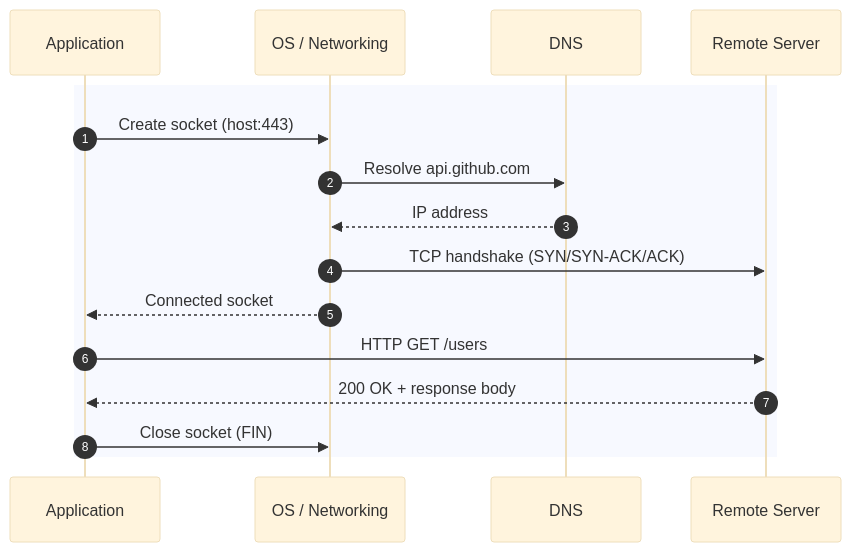
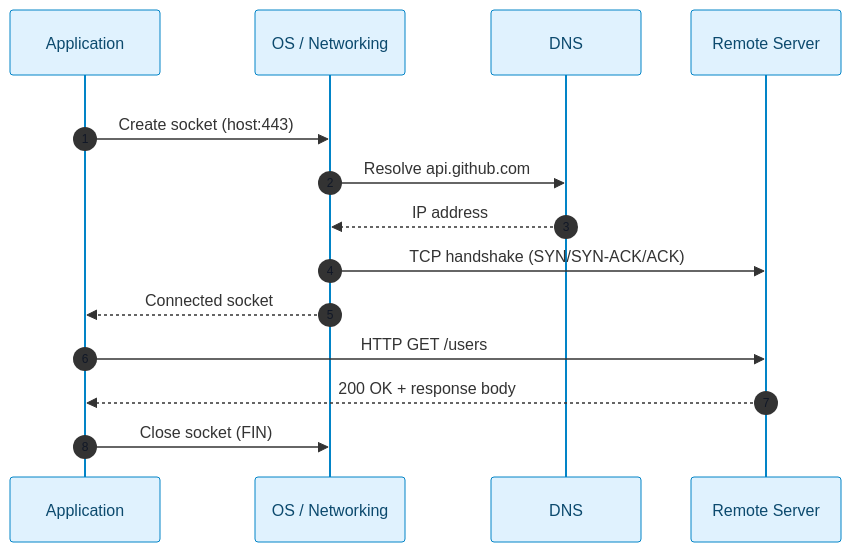
Before and after one commit to hananather/system-design: the fourth of 5 diagrams in sockets.md, drawn with Mermaid.

Commit message:
Sequence diagram: declare participants outside rect, use rect rgba(255,255,255,1) for guaranteed white message canvas; add actor colors for clarity

````diff
--- a/sockets.md
+++ b/sockets.md
@@ -104,26 +104,33 @@
 ```mermaid
 %%{init: {
   'theme': 'base',
   'themeVariables': {
     'background': '#ffffff',
-    'fontFamily': 'Inter, ui-sans-serif, system-ui'
+    'fontFamily': 'Inter, ui-sans-serif, system-ui',
+    'actorBkg': '#E0F2FE',
+    'actorBorder': '#0284C7',
+    'actorTextColor': '#0C4A6E',
+    'sequenceNumberColor': '#111827',
+    'messageTextColor': '#111827',
+    'noteBkgColor': '#ffffff',
+    'noteTextColor': '#111827'
   }
 }}%%
 sequenceDiagram
   autonumber
-  rect #ffffff
-    participant App as Application
-    participant OS as OS / Networking
-    participant DNS as DNS
-    participant Srv as Remote Server
+  participant App as Application
+  participant OS as OS / Networking
+  participant DNS as DNS
+  participant Srv as Remote Server
 
+  rect rgba(255,255,255,1)
     App->>OS: Create socket (host:443)
     OS->>DNS: Resolve api.github.com
     DNS-->>OS: IP address
     OS->>Srv: TCP handshake (SYN/SYN-ACK/ACK)
     OS-->>App: Connected socket
     App->>Srv: HTTP GET /users
     Srv-->>App: 200 OK + response body
     App->>OS: Close socket (FIN)
   end
 ```
````
